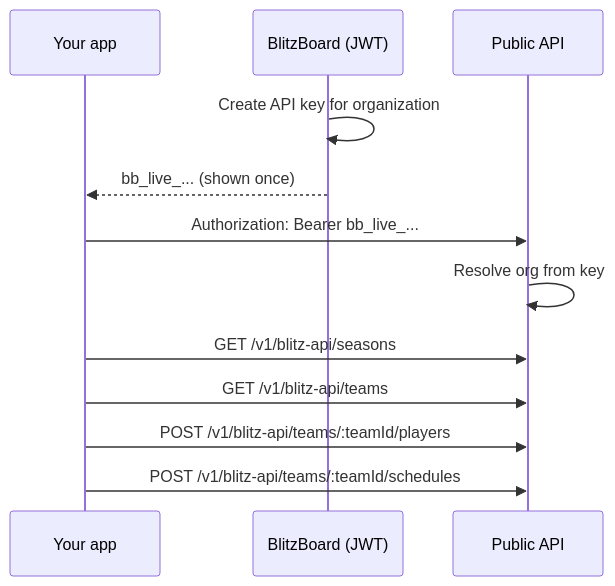
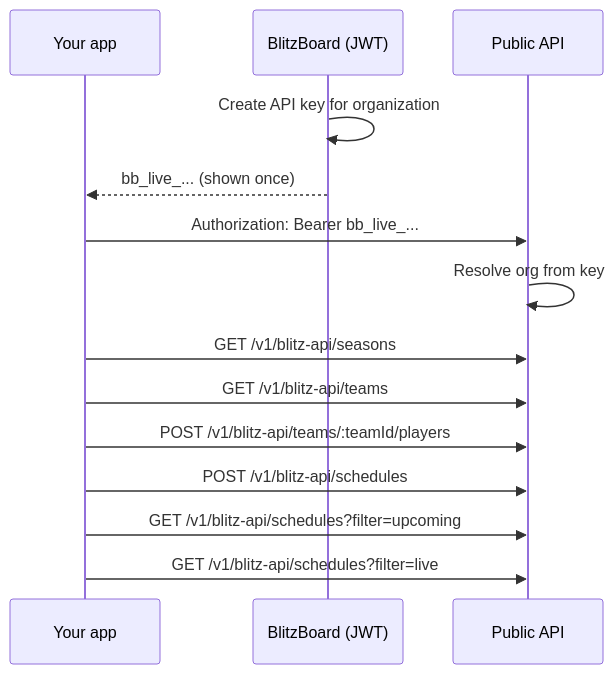
One commit to kalebdiga/documentation changed the diagram in index.mdx. Above: the diagram before and after it, drawn with Mermaid. The commit also changed 9 other files, not shown here.

````diff
--- a/index.mdx
+++ b/index.mdx
@@ -41,15 +41,17 @@
 ```mermaid
 sequenceDiagram
   participant App as Your app
   participant Admin as BlitzBoard (JWT)
   participant API as Public API
 
   Admin->>Admin: Create API key for organization
   Admin-->>App: bb_live_... (shown once)
   App->>API: Authorization: Bearer bb_live_...
   API->>API: Resolve org from key
   App->>API: GET /v1/blitz-api/seasons
   App->>API: GET /v1/blitz-api/teams
   App->>API: POST /v1/blitz-api/teams/:teamId/players
-  App->>API: POST /v1/blitz-api/teams/:teamId/schedules
+  App->>API: POST /v1/blitz-api/schedules
+  App->>API: GET /v1/blitz-api/schedules?filter=upcoming
+  App->>API: GET /v1/blitz-api/schedules?filter=live
 ```
````
